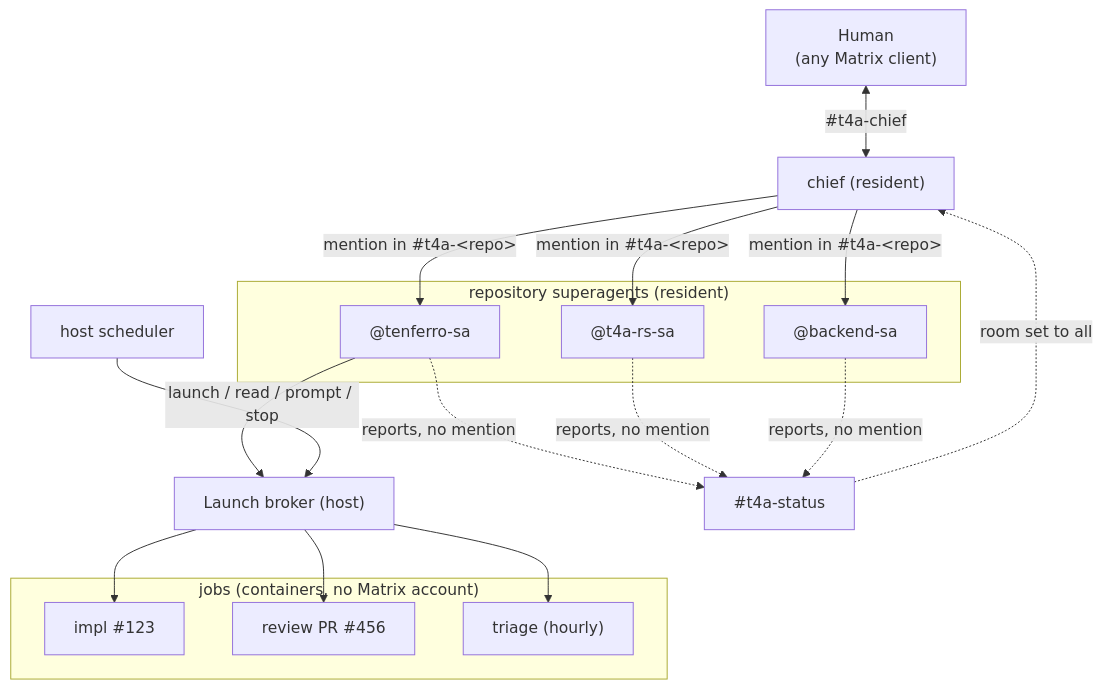
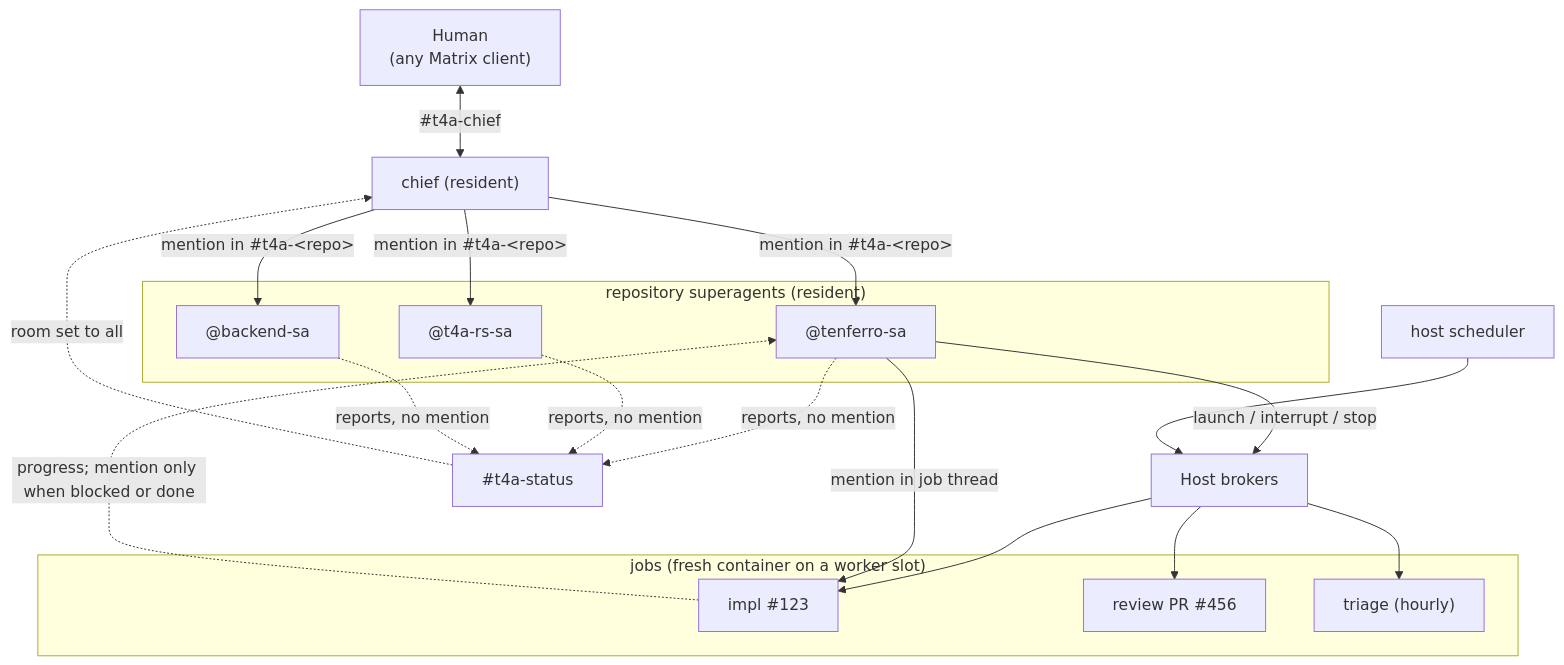
One commit to tensor4all/tensor4all-meta changed the first of 2 diagrams in docs/design/agent-swarm.md. Above: the diagram before and after it, drawn with Mermaid. The commit also changed other lines of this file and 1 other file, not shown here.

Commit message:
design(agent-swarm): worker slots on Matrix, herdr retirement, host leases, self-hosted runners (#152)

````diff
--- a/docs/design/agent-swarm.md
+++ b/docs/design/agent-swarm.md
@@ -85,23 +86,25 @@
 ```mermaid
 flowchart TB
   H["Human<br/>(any Matrix client)"]
   C["chief (resident)"]
   subgraph R["repository superagents (resident)"]
     S1["@tenferro-sa"]
     S2["@t4a-rs-sa"]
     S3["@backend-sa"]
   end
-  LB["Launch broker (host)"]
-  subgraph J["jobs (containers, no Matrix account)"]
+  LB["Host brokers"]
+  subgraph J["jobs (fresh container on a worker slot)"]
     W1["impl #123"]
     W2["review PR #456"]
     W3["triage (hourly)"]
   end
   H <-- "#t4a-chief" --> C
   C -- "mention in #t4a-&lt;repo&gt;" --> S1 & S2 & S3
   S1 & S2 & S3 -. "reports, no mention" .-> ST["#t4a-status"]
   ST -. "room set to all" .-> C
-  S1 -- "launch / read / prompt / stop" --> LB
+  S1 -- "launch / interrupt / stop" --> LB
   LB --> W1 & W2
+  S1 -- "mention in job thread" --> W1
+  W1 -. "progress; mention only when blocked or done" .-> S1
   CRON["host scheduler"] --> LB --> W3
 ```
````
